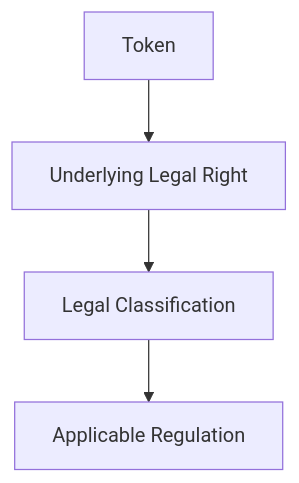
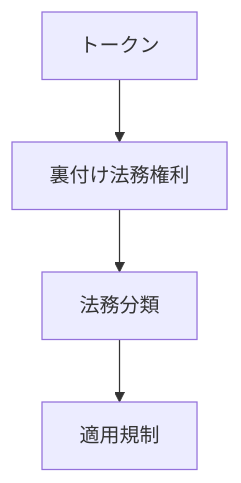
One commit to ShigeichiroYamasaki/creator-first-platform changed diagram 14 of 45 in docs/whitepaper/11-legal-sto-tax.md. Above: the diagram before and after it, drawn with Mermaid. The commit also changed other lines of this file and 72 other files, not shown here.

````diff
--- a/docs/whitepaper/11-legal-sto-tax.md
+++ b/docs/whitepaper/11-legal-sto-tax.md
@@ -422,9 +422,9 @@
 ```mermaid
 flowchart TD
-    TOKEN[Token]
-    RIGHT[Underlying Legal Right]
-    CLASS[Legal Classification]
-    RULE[Applicable Regulation]
+    TOKEN[トークン]
+    RIGHT[裏付け法務権利]
+    CLASS[法務分類]
+    RULE[適用規制]
 
     TOKEN --> RIGHT --> CLASS --> RULE
 ```
````
